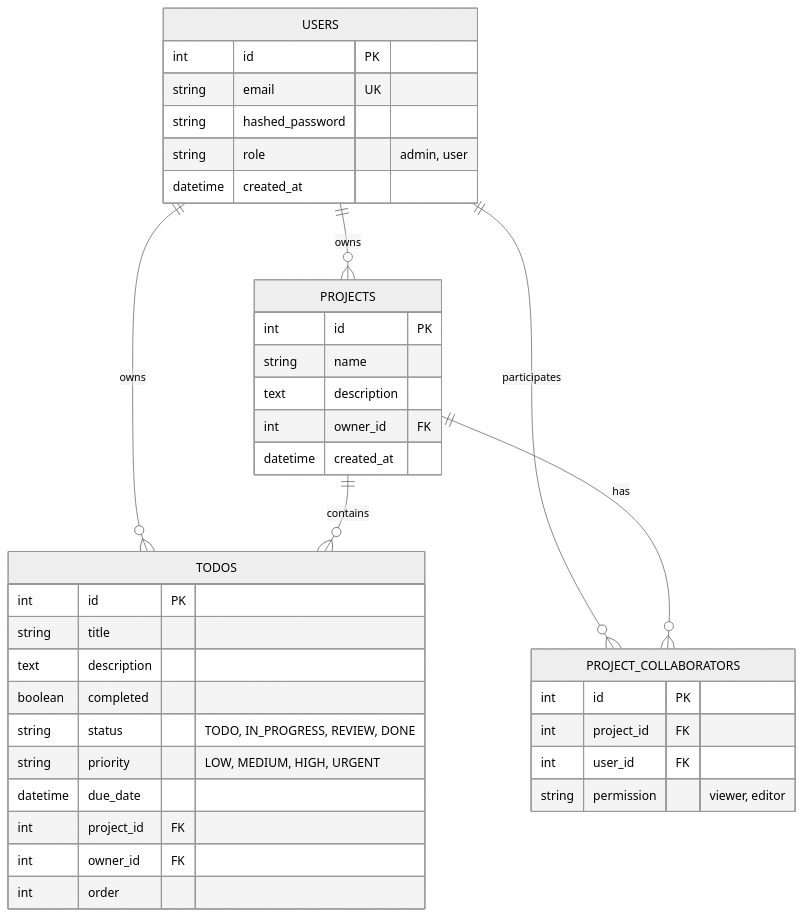
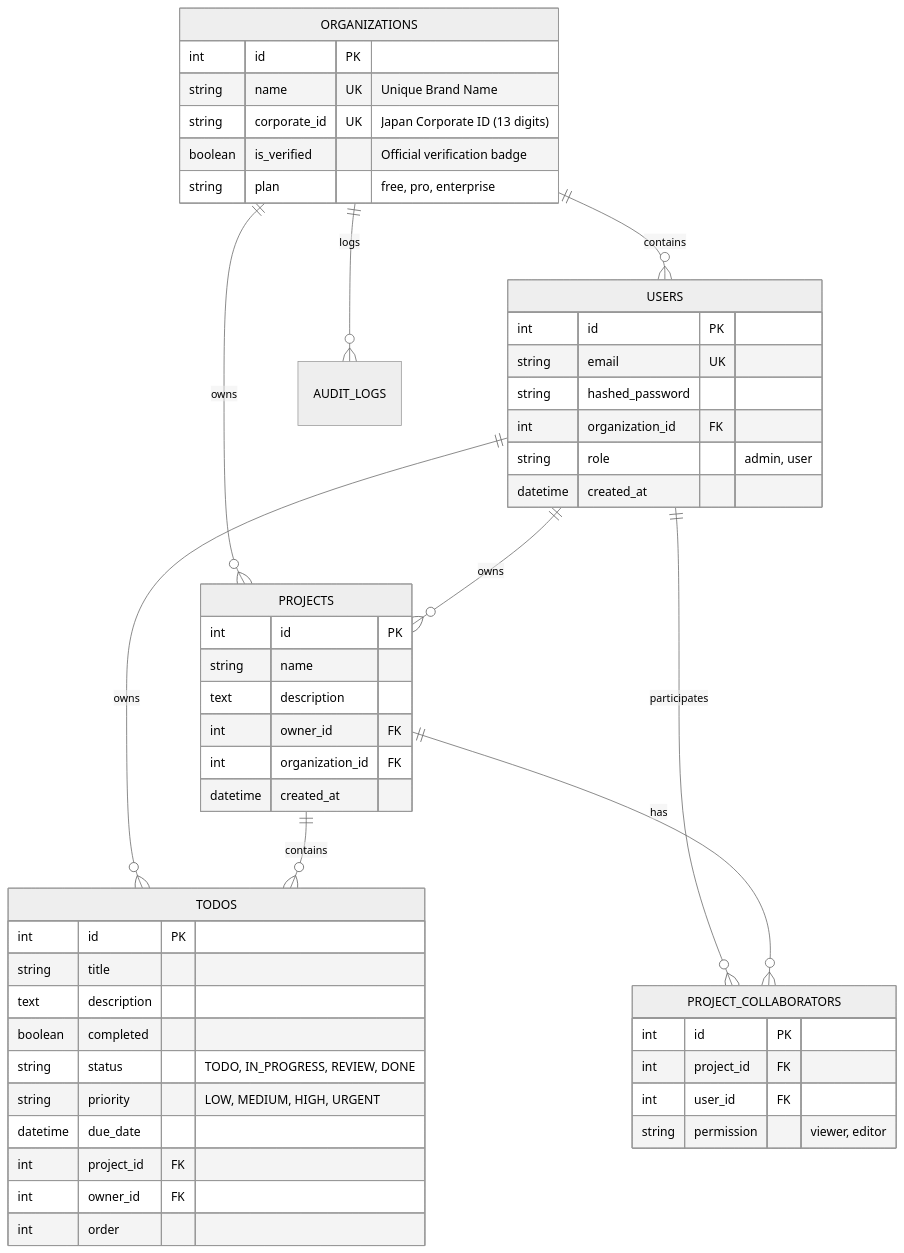
One commit to rtiak-ops/251025 changed the second of 2 diagrams in README.md. Above: the diagram before and after it, drawn with Mermaid (neutral theme). The commit also changed other lines of this file and 18 other files, not shown here.

````diff
--- a/README.md
+++ b/README.md
@@ -121,41 +122,53 @@
 ```mermaid
 erDiagram
+    ORGANIZATIONS ||--o{ USERS : "contains"
+    ORGANIZATIONS ||--o{ PROJECTS : "owns"
+    ORGANIZATIONS ||--o{ AUDIT_LOGS : "logs"
     USERS ||--o{ PROJECTS : "owns"
     USERS ||--o{ TODOS : "owns"
     PROJECTS ||--o{ TODOS : "contains"
     USERS ||--o{ PROJECT_COLLABORATORS : "participates"
     PROJECTS ||--o{ PROJECT_COLLABORATORS : "has"
 
+    ORGANIZATIONS {
+        int id PK
+        string name UK "Unique Brand Name"
+        string corporate_id UK "Japan Corporate ID (13 digits)"
+        boolean is_verified "Official verification badge"
+        string plan "free, pro, enterprise"
+    }
     USERS {
         int id PK
         string email UK
         string hashed_password
+        int organization_id FK
         string role "admin, user"
         datetime created_at
     }
     PROJECTS {
         int id PK
         string name
         text description
         int owner_id FK
+        int organization_id FK
         datetime created_at
     }
     PROJECT_COLLABORATORS {
         int id PK
         int project_id FK
         int user_id FK
         string permission "viewer, editor"
     }
     TODOS {
         int id PK
         string title
         text description
         boolean completed
         string status "TODO, IN_PROGRESS, REVIEW, DONE"
         string priority "LOW, MEDIUM, HIGH, URGENT"
         datetime due_date
         int project_id FK
         int owner_id FK
         int order
     }
 ```
````
